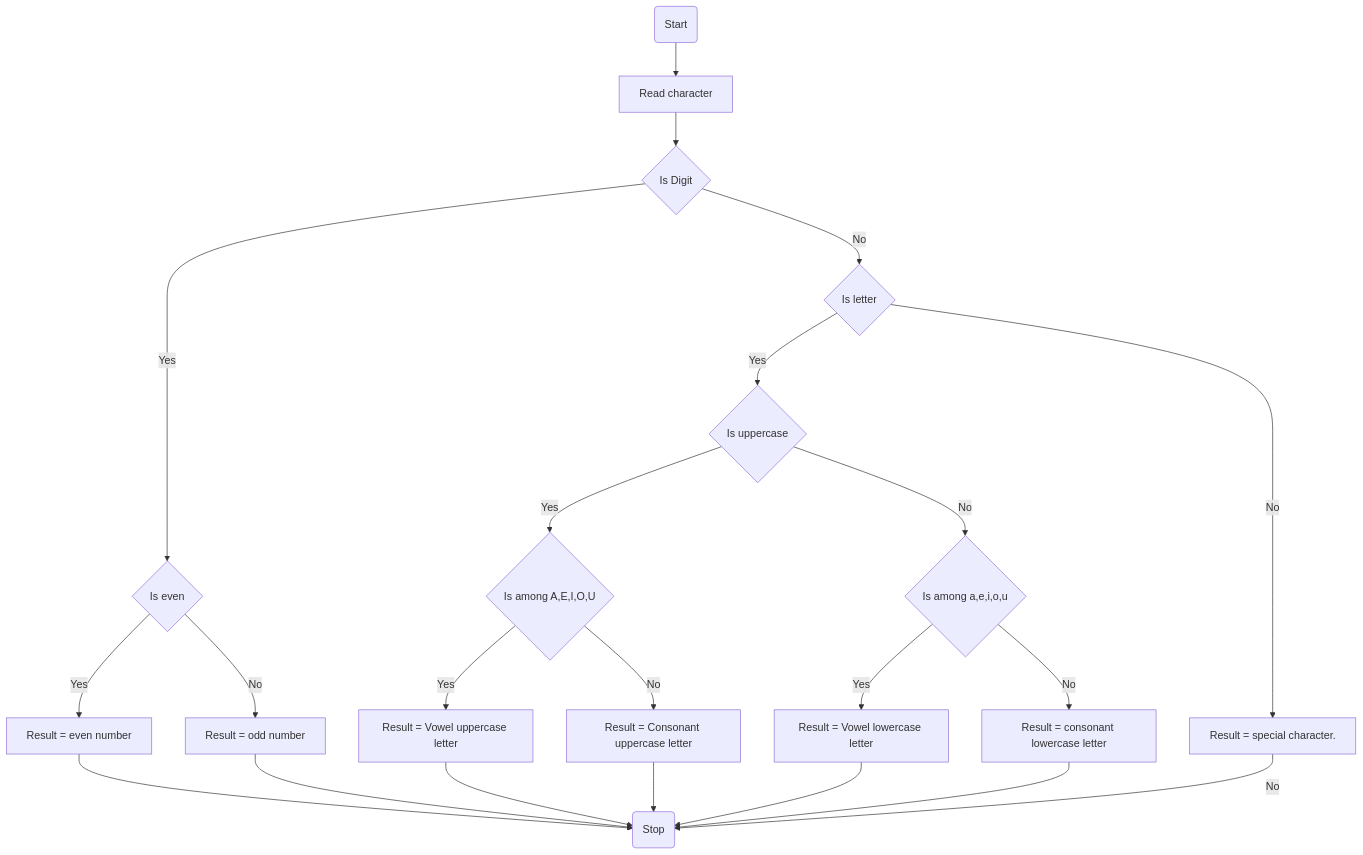
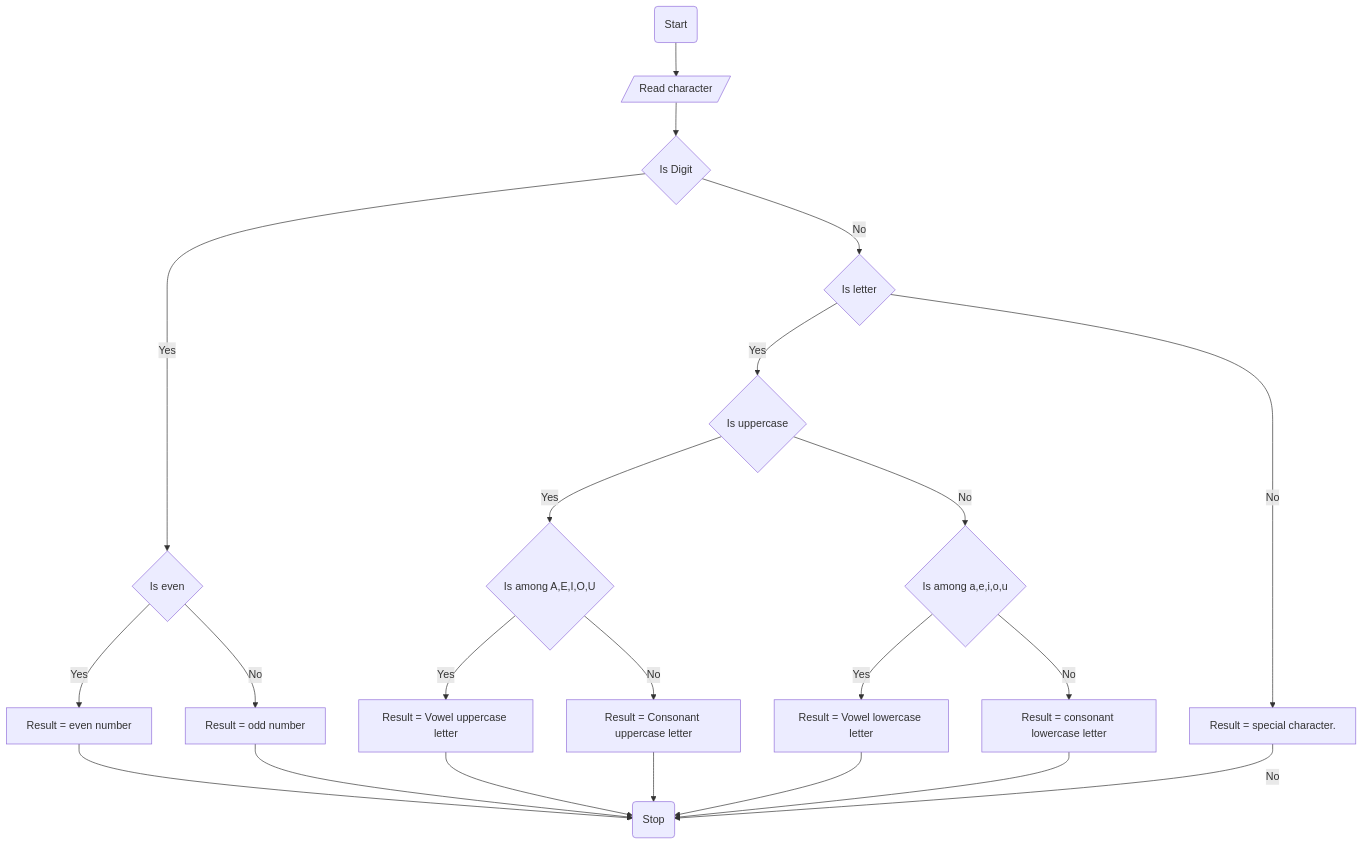
Before and after one commit to SWEG-2015EC-Batch/Code-Warrior: the diagram in ETS1351_15_Yabets_Maregn/symbol_checker/flowchart.md, drawn with Mermaid.

````diff
--- a/ETS1351_15_Yabets_Maregn/symbol_checker/flowchart.md
+++ b/ETS1351_15_Yabets_Maregn/symbol_checker/flowchart.md
@@ -1,24 +1,24 @@
 ```mermaid
 graph TD
-A(Start) --> B[Read character]
+A(Start) --> B[/Read character/]
 B --> C{Is Digit}
 C -- Yes --> D{Is even}
 D -- Yes --> E[Result = even number]
 D -- No --> F[Result = odd number]
 C -- No --> G{Is letter}
 G -- Yes --> H{Is uppercase}
 H -- Yes --> I{Is among A,E,I,O,U}
 I -- Yes -->J[Result = Vowel uppercase letter]
 I -- No --> K[Result = Consonant uppercase letter]
 H -- No --> L{Is among a,e,i,o,u}
 L -- Yes --> M[Result = Vowel lowercase letter]
 L -- No --> N[Result = consonant lowercase letter]
 G -- No --> O[Result = special character.]
 O -- No --> P(Stop)
 E --> P(Stop)
 F --> P(Stop)
 J --> P(Stop)
 K --> P(Stop)
 M --> P(Stop)
 N --> P(Stop)
 ``` 
````
